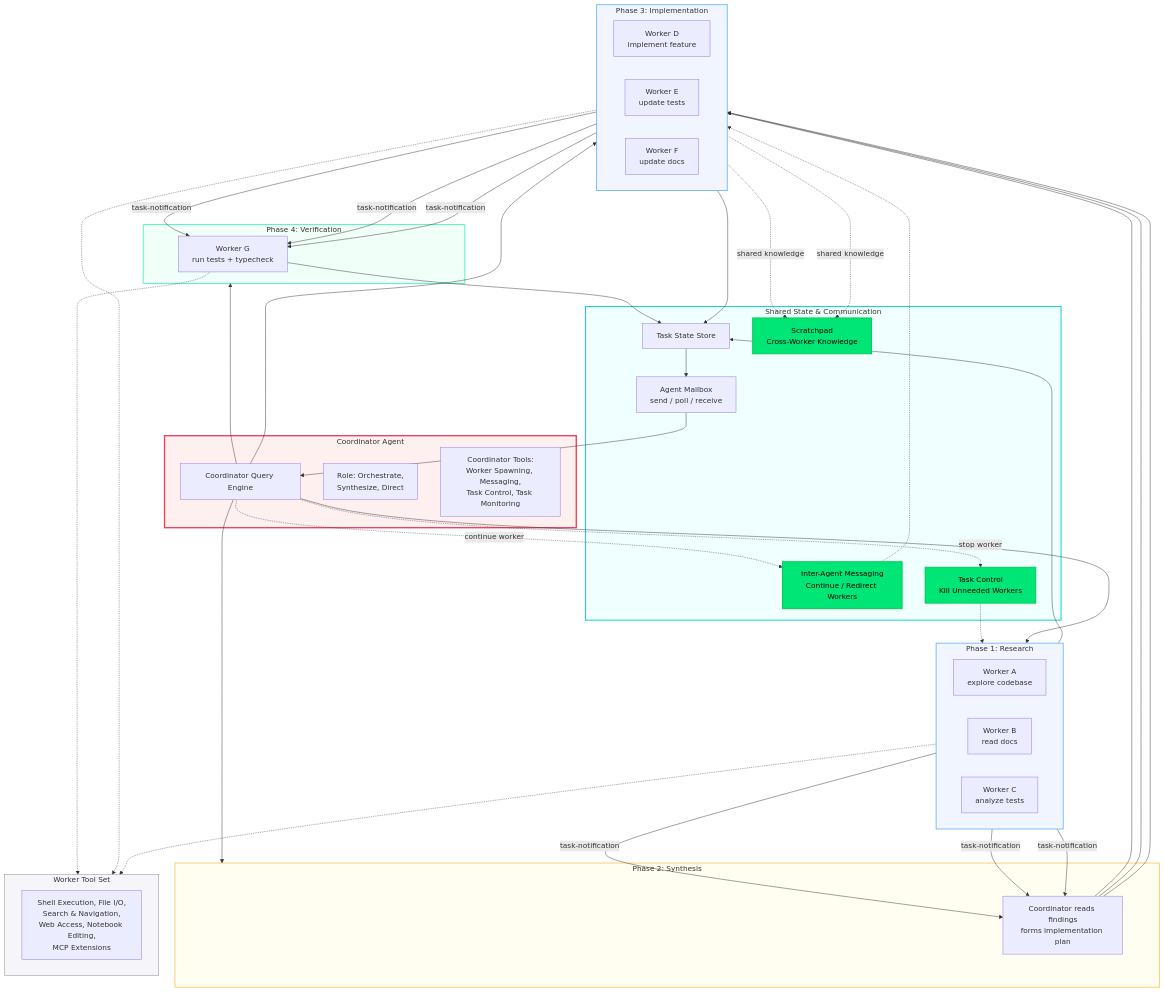
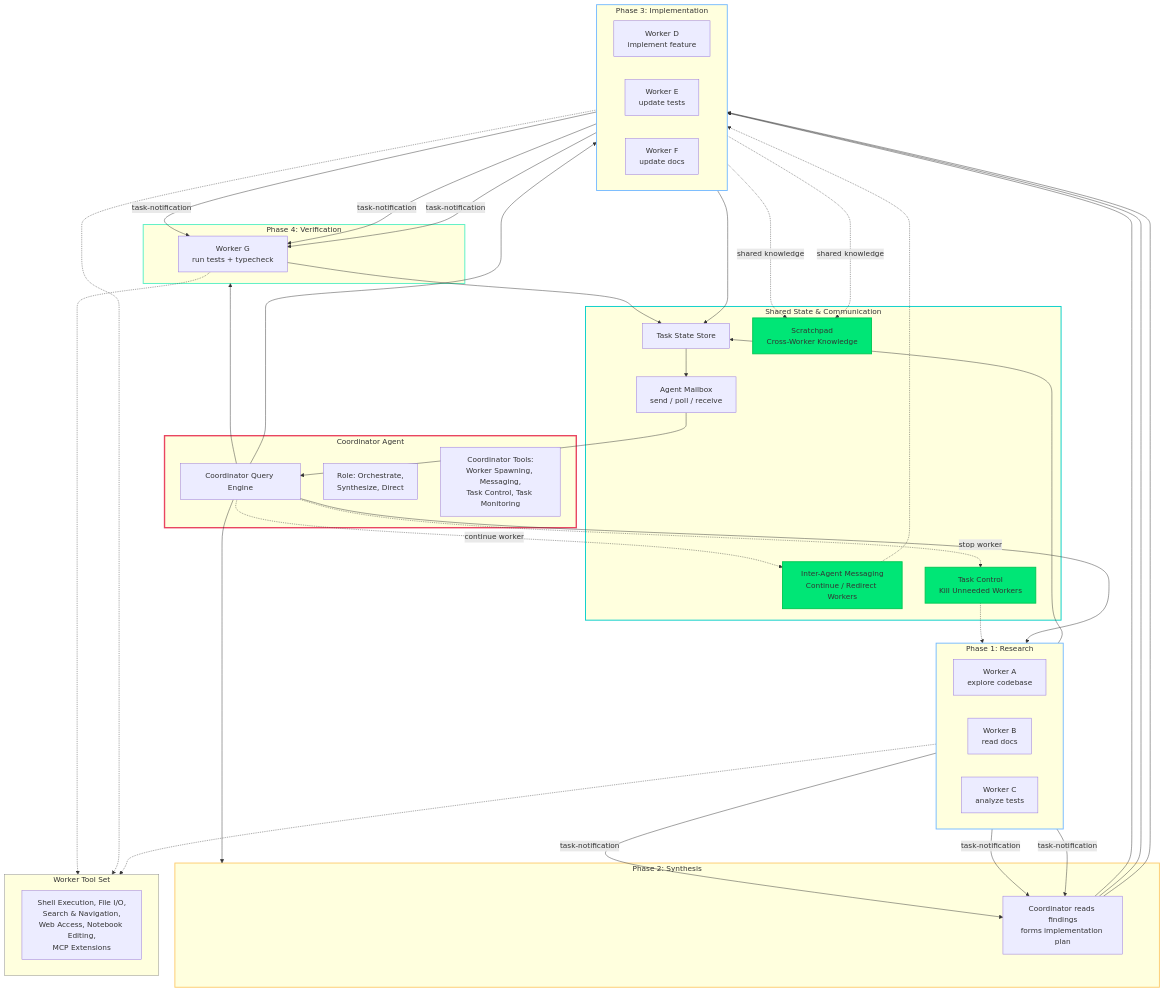
Before and after one commit to PavelValentov/multi-agent-architecture: the fourth of 14 diagrams in DIAGRAMS.md, drawn with Mermaid. The commit also changed other lines of this file, not shown here.

````diff
--- a/DIAGRAMS.md
+++ b/DIAGRAMS.md
@@ -436,14 +436,14 @@
     I1 -.->|"shared knowledge"| SCRATCH
     I2 -.->|"shared knowledge"| SCRATCH
 
-    style Coordinator fill:#fff0f0,stroke:#e94560,stroke-width:3px,color:#333
-    style PHASE1 fill:#f0f5ff,stroke:#74b9ff,stroke-width:2px,color:#333
-    style PHASE2 fill:#fffef0,stroke:#fdcb6e,stroke-width:2px,color:#333
-    style PHASE3 fill:#f0f5ff,stroke:#74b9ff,stroke-width:2px,color:#333
-    style PHASE4 fill:#f0fff8,stroke:#55efc4,stroke-width:2px,color:#333
-    style WorkerToolset fill:#f5f5fa,stroke:#888,stroke-width:1px,color:#333
-    style SharedState fill:#f0ffff,stroke:#00cec9,stroke-width:2px,color:#333
-    style SEND_MSG_NODE fill:#00e676,stroke:#00c853,stroke-width:2px,color:#000
-    style TASK_STOP_NODE fill:#00e676,stroke:#00c853,stroke-width:2px,color:#000
-    style SCRATCH fill:#00e676,stroke:#00c853,stroke-width:2px,color:#000
+    style Coordinator stroke:#e94560,stroke-width:3px
+    style PHASE1 stroke:#74b9ff,stroke-width:2px
+    style PHASE2 stroke:#fdcb6e,stroke-width:2px
+    style PHASE3 stroke:#74b9ff,stroke-width:2px
+    style PHASE4 stroke:#55efc4,stroke-width:2px
+    style WorkerToolset stroke:#888,stroke-width:1px
+    style SharedState stroke:#00cec9,stroke-width:2px
+    style SEND_MSG_NODE fill:#00e676,stroke:#00c853,stroke-width:2px
+    style TASK_STOP_NODE fill:#00e676,stroke:#00c853,stroke-width:2px
+    style SCRATCH fill:#00e676,stroke:#00c853,stroke-width:2px
 ```
````
